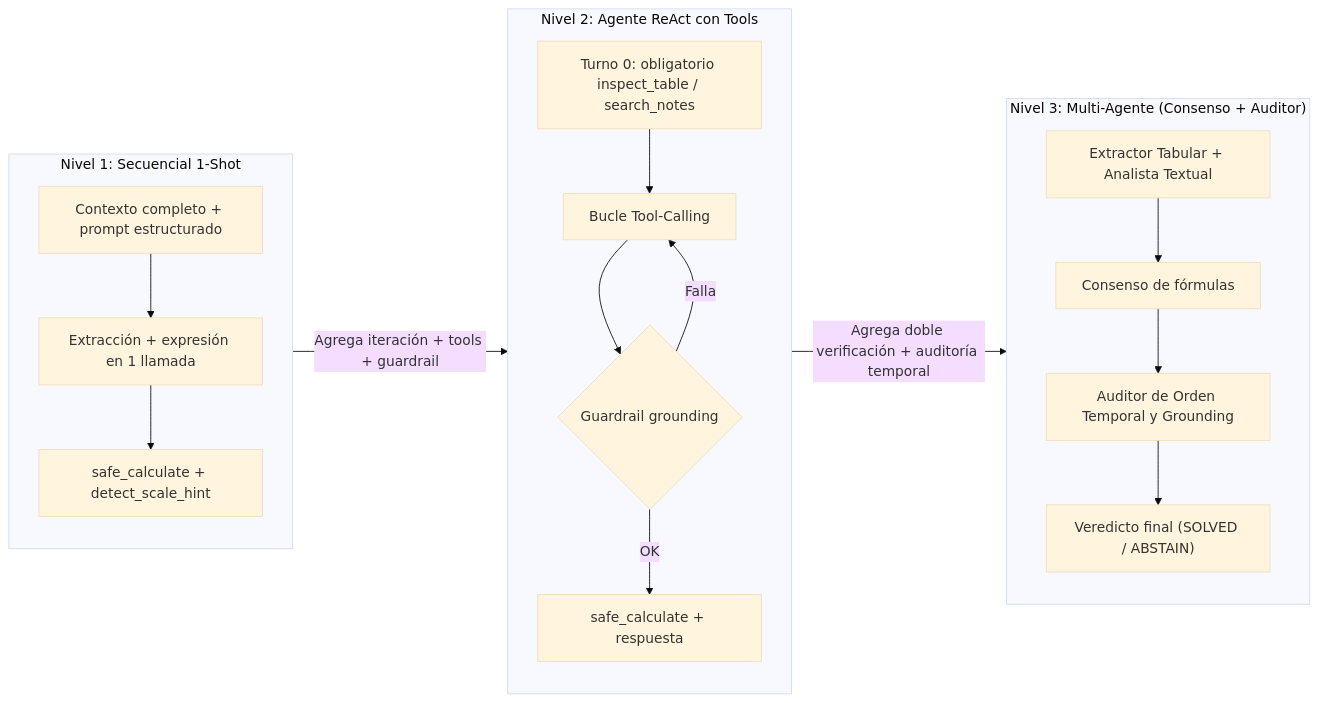
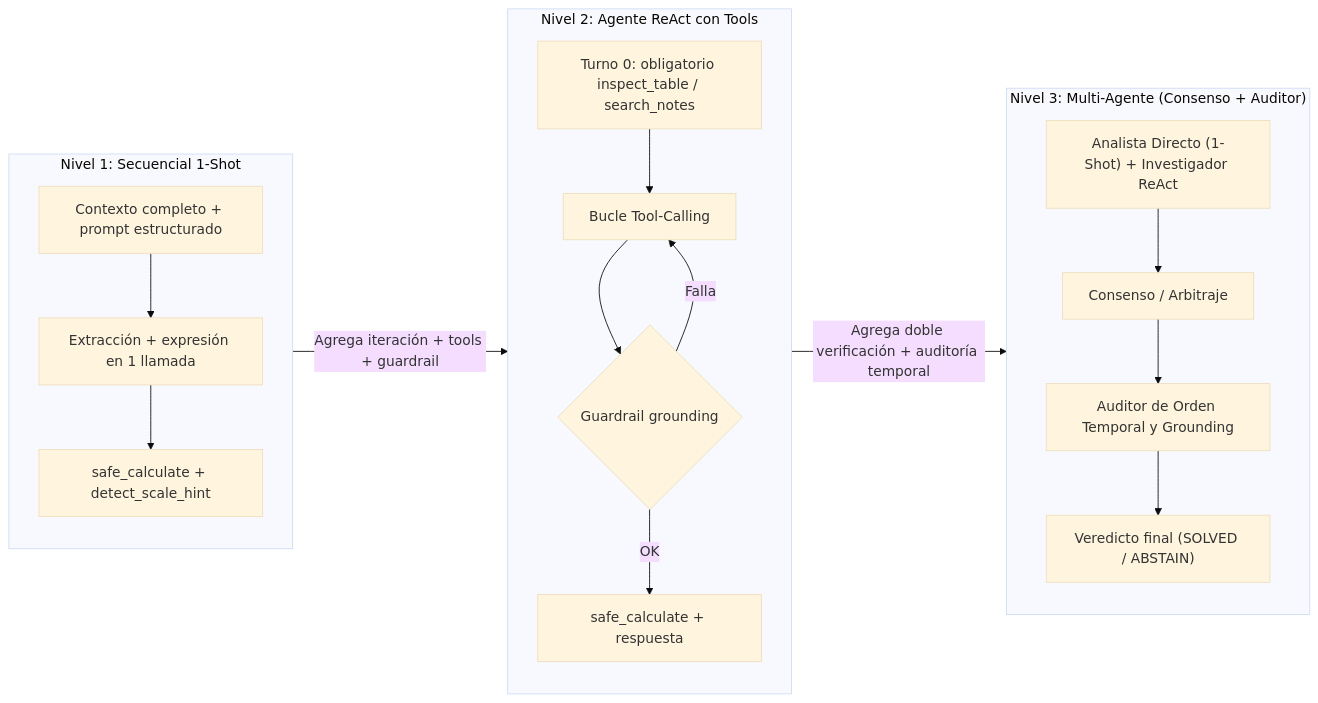
One commit to chebaperez/aieng-utn-rag-challenge changed the third of 5 diagrams in docs/GUIA_DIDACTICA.md. Above: the diagram before and after it, drawn with Mermaid (base theme). The commit also changed other lines of this file and 10 other files, not shown here.

````diff
--- a/docs/GUIA_DIDACTICA.md
+++ b/docs/GUIA_DIDACTICA.md
@@ -270,26 +271,26 @@
 ```mermaid
 flowchart LR
     subgraph N1["Nivel 1: Secuencial 1-Shot"]
         direction TB
         N1A["Contexto completo + prompt estructurado"] --> N1B["Extracción + expresión en 1 llamada"]
         N1B --> N1C["safe_calculate + detect_scale_hint"]
     end
 
     subgraph N2["Nivel 2: Agente ReAct con Tools"]
         direction TB
         N2A["Turno 0: obligatorio inspect_table / search_notes"] --> N2B["Bucle Tool-Calling"]
         N2B --> N2C{"Guardrail grounding"}
         N2C -->|"Falla"| N2B
         N2C -->|"OK"| N2D["safe_calculate + respuesta"]
     end
 
     subgraph N3["Nivel 3: Multi-Agente (Consenso + Auditor)"]
         direction TB
-        N3A["Extractor Tabular + Analista Textual"] --> N3B["Consenso de fórmulas"]
+        N3A["Analista Directo (1-Shot) + Investigador ReAct"] --> N3B["Consenso / Arbitraje"]
         N3B --> N3C["Auditor de Orden Temporal y Grounding"]
         N3C --> N3D["Veredicto final (SOLVED / ABSTAIN)"]
     end
 
     N1 -->|"Agrega iteración + tools + guardrail"| N2
     N2 -->|"Agrega doble verificación + auditoría temporal"| N3
 ```
````
